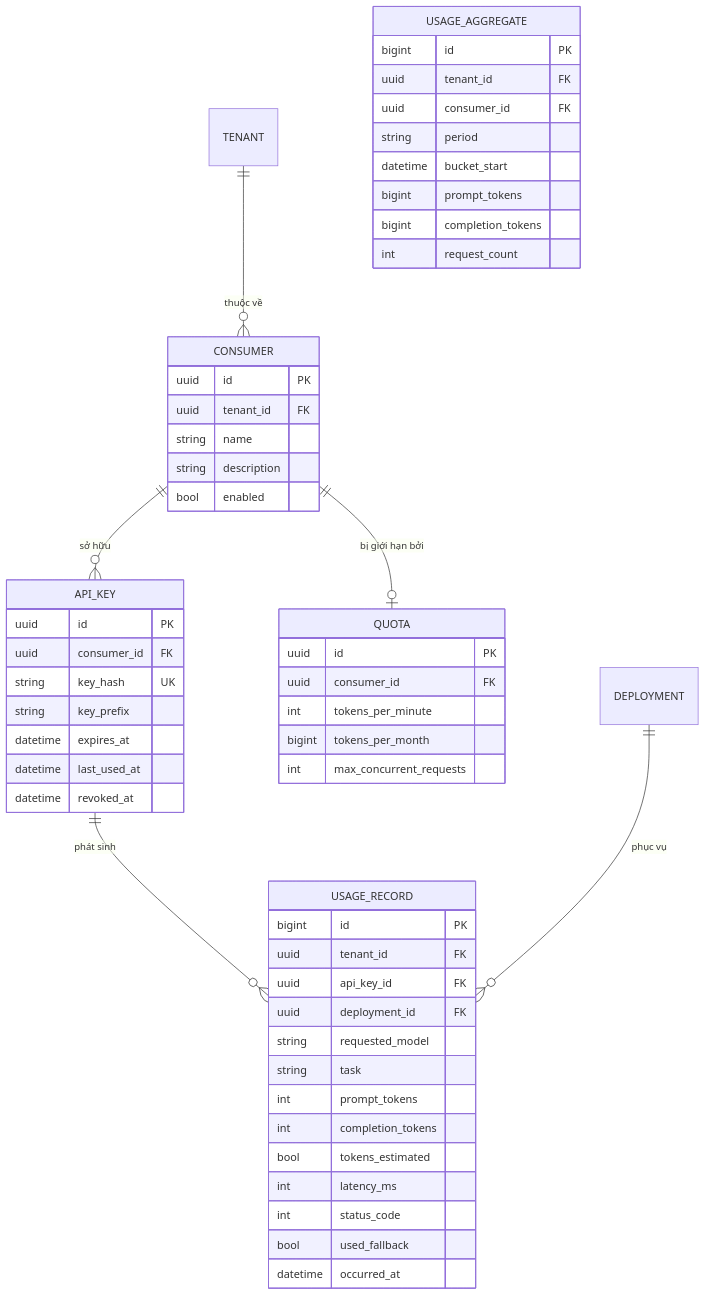
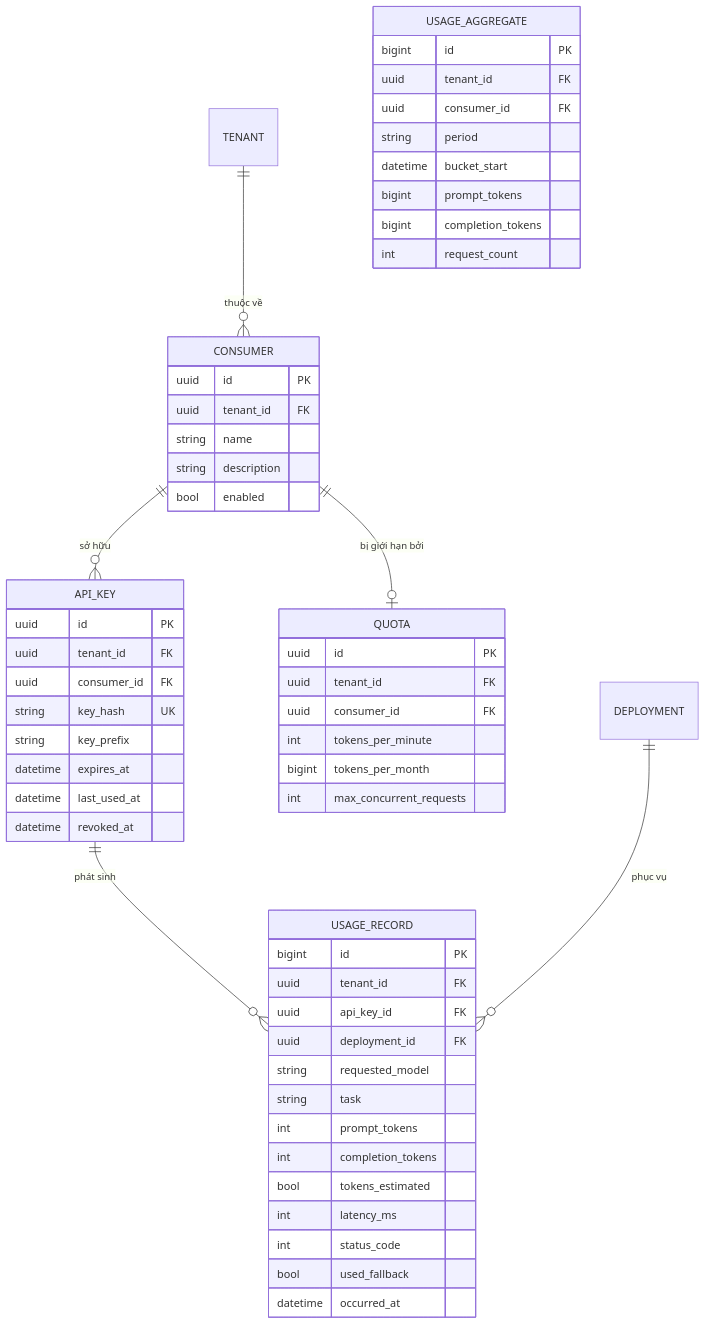
One commit to knightphucs/selfhost-llm-platform changed the second of 5 diagrams in docs/erd.md. Above: the diagram before and after it, drawn with Mermaid. The commit also changed other lines of this file, not shown here.

First line of the commit message:
docs(erd): đồng bộ ERD với schema thực tế

````diff
--- a/docs/erd.md
+++ b/docs/erd.md
@@ -111,61 +120,63 @@
 ```mermaid
 erDiagram
     TENANT ||--o{ CONSUMER : "thuộc về"
     CONSUMER ||--o{ API_KEY : "sở hữu"
     CONSUMER ||--o| QUOTA : "bị giới hạn bởi"
     API_KEY ||--o{ USAGE_RECORD : "phát sinh"
     DEPLOYMENT ||--o{ USAGE_RECORD : "phục vụ"
 
     CONSUMER {
         uuid id PK
         uuid tenant_id FK
         string name
         string description
         bool enabled
     }
 
     API_KEY {
         uuid id PK
+        uuid tenant_id FK
         uuid consumer_id FK
         string key_hash UK
         string key_prefix
         datetime expires_at
         datetime last_used_at
         datetime revoked_at
     }
 
     QUOTA {
         uuid id PK
+        uuid tenant_id FK
         uuid consumer_id FK
         int tokens_per_minute
         bigint tokens_per_month
         int max_concurrent_requests
     }
 
     USAGE_RECORD {
         bigint id PK
         uuid tenant_id FK
         uuid api_key_id FK
         uuid deployment_id FK
         string requested_model
         string task
         int prompt_tokens
         int completion_tokens
         bool tokens_estimated
         int latency_ms
         int status_code
         bool used_fallback
         datetime occurred_at
     }
 
     USAGE_AGGREGATE {
         bigint id PK
         uuid tenant_id FK
         uuid consumer_id FK
         string period
         datetime bucket_start
         bigint prompt_tokens
         bigint completion_tokens
         int request_count
     }
 ```
````
